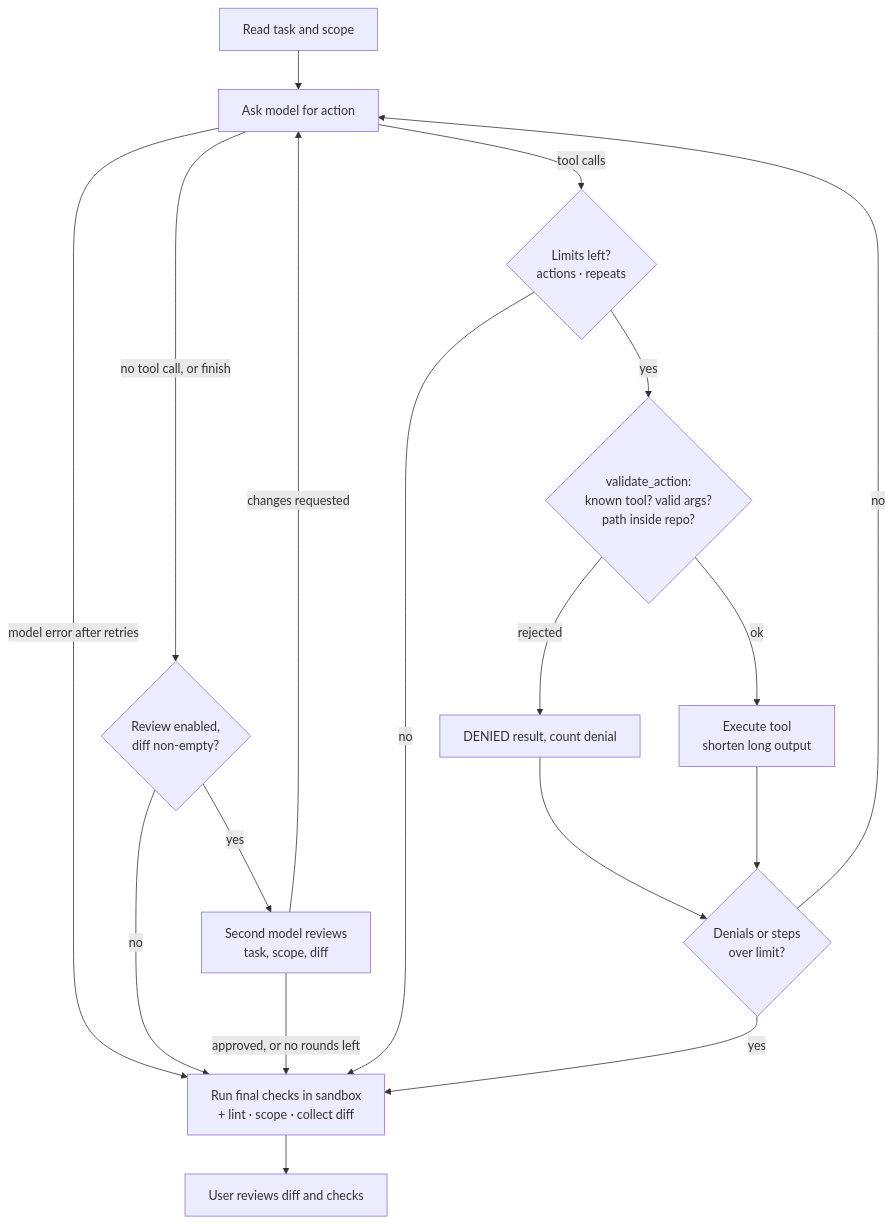
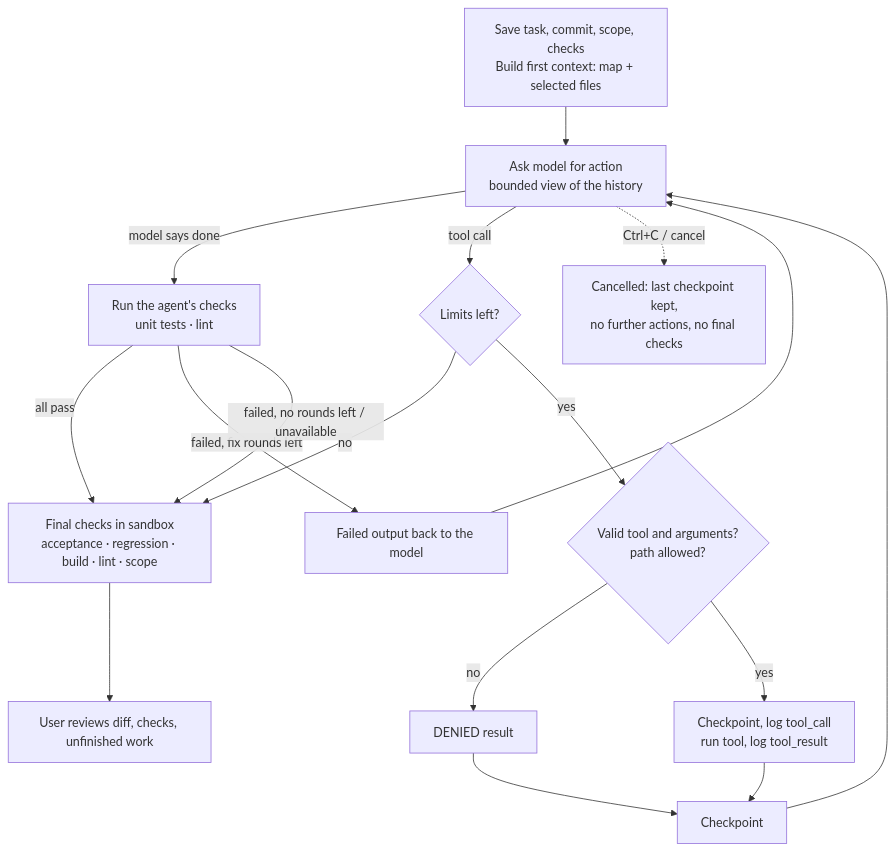
One commit to Sevyls/aaia-coding-harness changed the second of 2 diagrams in README.md. Above: the diagram before and after it, drawn with Mermaid. The commit also changed other lines of this file and 39 other files, not shown here.

````diff
--- a/README.md
+++ b/README.md
@@ -77,18 +92,16 @@
 ```mermaid
 flowchart TD
-    A[Read task and scope] --> B[Ask model for action]
-    B -->|model error after retries| F
-    B -->|no tool call, or finish| R{Review enabled,<br/>diff non-empty?}
-    R -->|no| F[Run final checks in sandbox<br/>+ lint · scope · collect diff]
-    R -->|yes| RV[Second model reviews<br/>task, scope, diff]
-    RV -->|approved, or no rounds left| F
-    RV -->|changes requested| B
-    B -->|tool calls| L{Limits left?<br/>actions · repeats}
+    A[Save task, commit, scope, checks<br/>Build first context: map + selected files] --> B[Ask model for action<br/>bounded view of the history]
+    B -->|model says done| FC[Run the agent's checks<br/>unit tests · lint]
+    FC -->|all pass| F
+    FC -->|failed, fix rounds left| FB[Failed output back to the model] --> B
+    FC -->|failed, no rounds left / unavailable| F
+    B -->|tool call| L{Limits left?}
     L -->|no| F
-    L -->|yes| V{validate_action:<br/>known tool? valid args?<br/>path inside repo?}
-    V -->|rejected| D[DENIED result, count denial] --> N
-    V -->|ok| E[Execute tool<br/>shorten long output] --> N
-    N{Denials or steps<br/>over limit?} -->|yes| F
-    N -->|no| B
-    F --> U[User reviews diff and checks]
+    L -->|yes| V{Valid tool and arguments?<br/>path allowed?}
+    V -->|no| D[DENIED result] --> CP
+    V -->|yes| E[Checkpoint, log tool_call<br/>run tool, log tool_result] --> CP[Checkpoint]
+    CP --> B
+    B -.->|Ctrl+C / cancel| X[Cancelled: last checkpoint kept,<br/>no further actions, no final checks]
+    F[Final checks in sandbox<br/>acceptance · regression · build · lint · scope] --> U[User reviews diff, checks, unfinished work]
 ```
````
